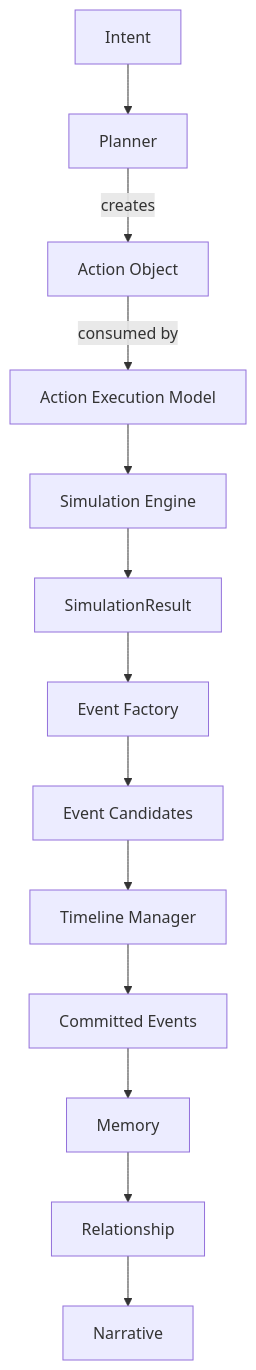
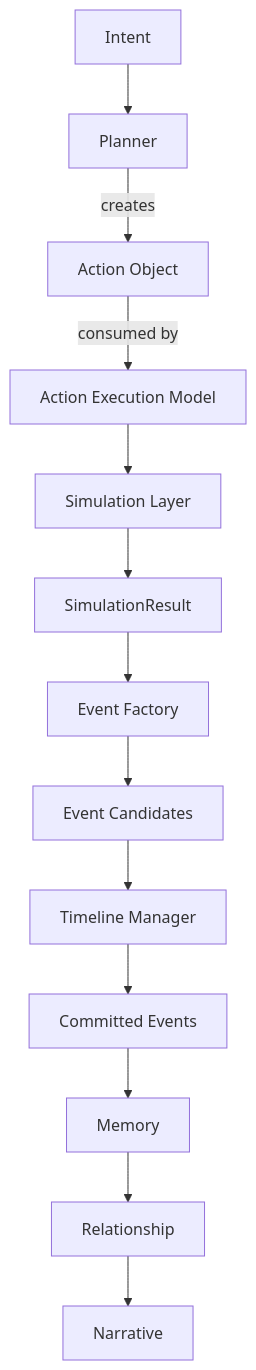
Before and after one commit to yueseyeyu/ai-narrative-rpg-engine: the second of 4 diagrams in docs/03_Data/Action_Object_Schema.md, drawn with Mermaid. The commit also changed other lines of this file, not shown here.

````diff
--- a/docs/03_Data/Action_Object_Schema.md
+++ b/docs/03_Data/Action_Object_Schema.md
@@ -157,15 +168,15 @@
 ```mermaid
 flowchart TD
     INT[Intent] --> PLN[Planner]
     PLN -->|creates| ACT[Action Object]
     ACT -->|consumed by| AEM[Action Execution Model]
-    AEM --> SIM[Simulation Engine]
+    AEM --> SIM[Simulation Layer]
     SIM --> SR[SimulationResult]
     SR --> EF[Event Factory]
     EF --> EV[Event Candidates]
     EV --> TL[Timeline Manager]
     TL --> CE[Committed Events]
     CE --> MEM[Memory]
     MEM --> REL[Relationship]
     REL --> NAR[Narrative]
 ```
````
